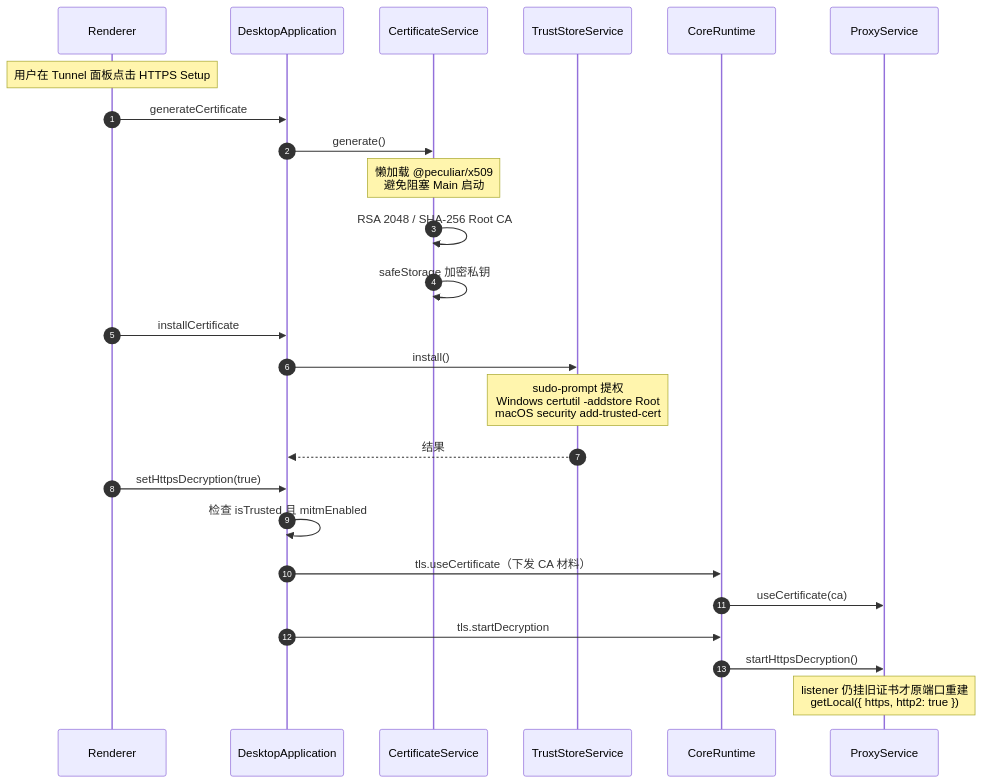
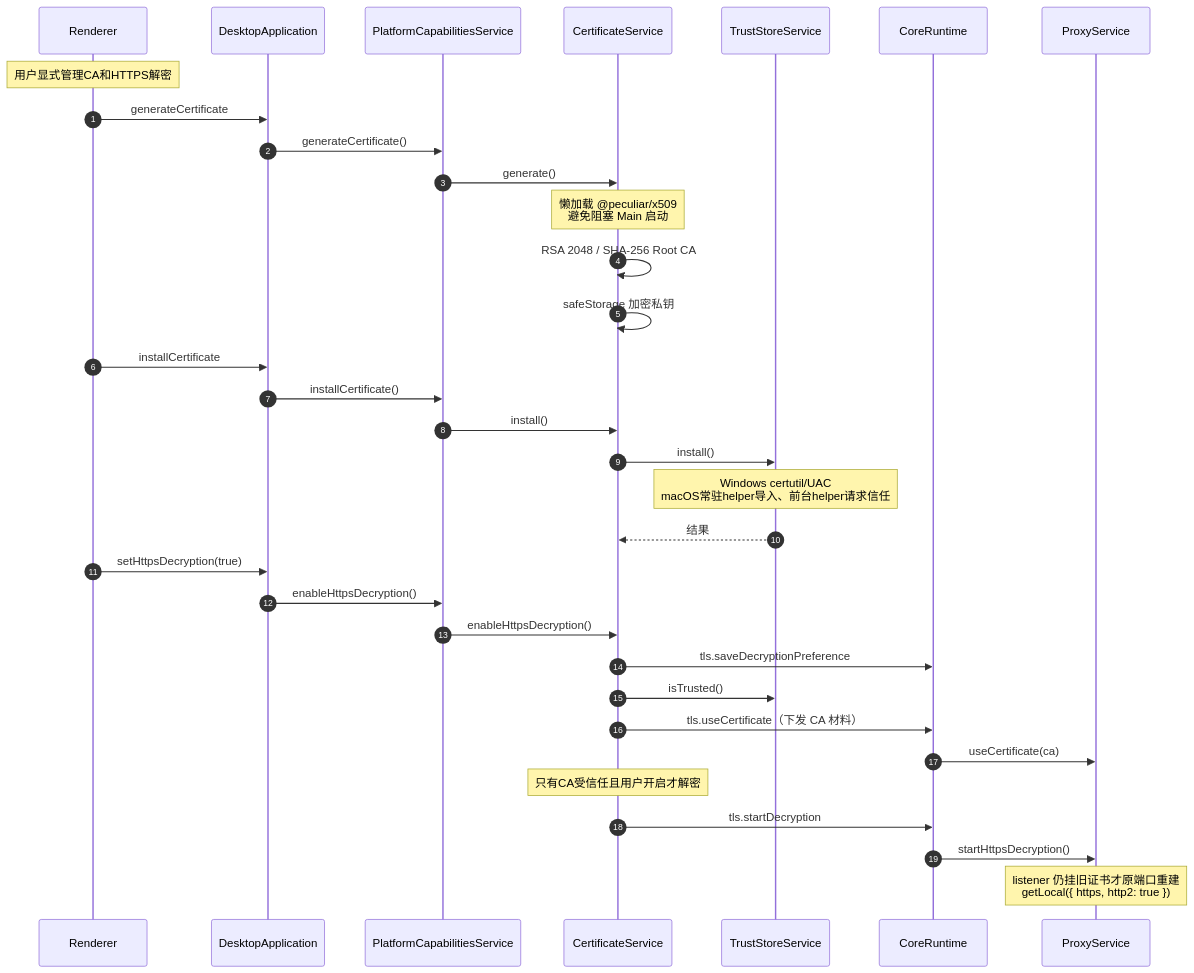
The second of 7 diagrams in architecture/features/settings.md (zhxmt-xm/Interceptor), drawn with Mermaid before and after one commit. The commit also changed other lines of this file and 198 other files, not shown here.

First line of the commit message:
feat(main): checkpoint shared platform lifecycle

````diff
--- a/architecture/features/settings.md
+++ b/architecture/features/settings.md
@@ -150,30 +149,38 @@
 ```mermaid
 sequenceDiagram
     autonumber
     participant UI as Renderer
     participant Main as DesktopApplication
+    participant Platform as PlatformCapabilitiesService
     participant Cert as CertificateService
     participant Trust as TrustStoreService
     participant Runtime as CoreRuntime
     participant Proxy as ProxyService
 
-    Note over UI: 用户在 Tunnel 面板点击 HTTPS Setup
+    Note over UI: 用户显式管理CA和HTTPS解密
     UI->>Main: generateCertificate
-    Main->>Cert: generate()
+    Main->>Platform: generateCertificate()
+    Platform->>Cert: generate()
     Note over Cert: 懒加载 @peculiar/x509<br/>避免阻塞 Main 启动
     Cert->>Cert: RSA 2048 / SHA-256 Root CA
     Cert->>Cert: safeStorage 加密私钥
 
     UI->>Main: installCertificate
-    Main->>Trust: install()
-    Note over Trust: sudo-prompt 提权<br/>Windows certutil -addstore Root<br/>macOS security add-trusted-cert
-    Trust-->>Main: 结果
+    Main->>Platform: installCertificate()
+    Platform->>Cert: install()
+    Cert->>Trust: install()
+    Note over Trust: Windows certutil/UAC<br/>macOS常驻helper导入、前台helper请求信任
+    Trust-->>Cert: 结果
 
     UI->>Main: setHttpsDecryption(true)
-    Main->>Main: 检查 isTrusted 且 mitmEnabled
-    Main->>Runtime: tls.useCertificate（下发 CA 材料）
+    Main->>Platform: enableHttpsDecryption()
+    Platform->>Cert: enableHttpsDecryption()
+    Cert->>Runtime: tls.saveDecryptionPreference
+    Cert->>Trust: isTrusted()
+    Cert->>Runtime: tls.useCertificate（下发 CA 材料）
     Runtime->>Proxy: useCertificate(ca)
-    Main->>Runtime: tls.startDecryption
+    Note over Cert: 只有CA受信任且用户开启才解密
+    Cert->>Runtime: tls.startDecryption
     Runtime->>Proxy: startHttpsDecryption()
     Note over Proxy: listener 仍挂旧证书才原端口重建<br/>getLocal({ https, http2: true })
 ```
````
